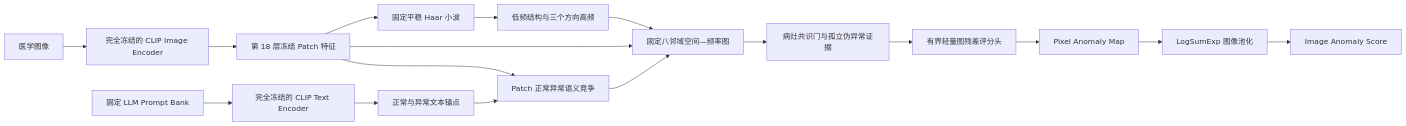
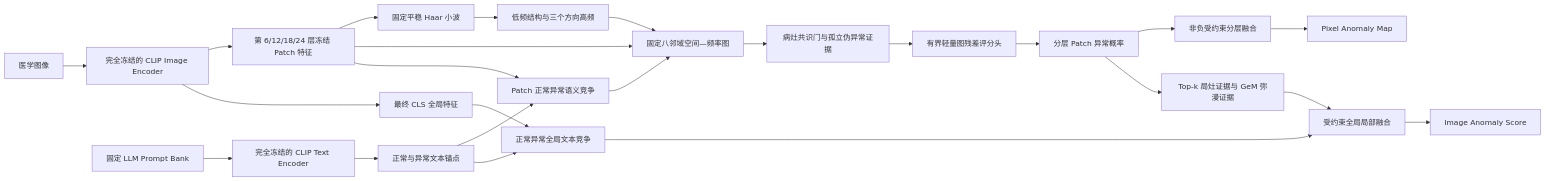
The diagram in V3_METHOD.md (daynoenmy/graph), drawn with Mermaid before and after one commit. The commit also changed other lines of this file and 19 other files, not shown here.

Commit message:
Add V4 modality-conditioned graph spectral fusion

````diff
--- a/V3_METHOD.md
+++ b/V3_METHOD.md
@@ -39,19 +39,26 @@
 ```mermaid
 flowchart LR
     IMG["医学图像"] --> FROZEN["完全冻结的 CLIP Image Encoder"]
     PROMPT["固定 LLM Prompt Bank"] --> TEXT["完全冻结的 CLIP Text Encoder"]
     TEXT --> ANCHOR["正常与异常文本锚点"]
-    FROZEN --> PATCH["第 18 层冻结 Patch 特征"]
+    FROZEN --> PATCH["第 6/12/18/24 层冻结 Patch 特征"]
     PATCH --> SWT["固定平稳 Haar 小波"]
     SWT --> BANDS["低频结构与三个方向高频"]
     PATCH --> GRAPH["固定八邻域空间—频率图"]
     BANDS --> GRAPH
     ANCHOR --> PRIOR["Patch 正常异常语义竞争"]
     PATCH --> PRIOR
     PRIOR --> GRAPH
     GRAPH --> GATE["病灶共识门与孤立伪异常证据"]
     GATE --> HEAD["有界轻量图残差评分头"]
-    HEAD --> MAP["Pixel Anomaly Map"]
-    MAP --> LSE["LogSumExp 图像池化"]
-    LSE --> SCORE["Image Anomaly Score"]
+    HEAD --> PROB["分层 Patch 异常概率"]
+    PROB --> FUSE["非负受约束分层融合"]
+    FUSE --> MAP["Pixel Anomaly Map"]
+    PROB --> LOCAL["Top-k 局灶证据与 GeM 弥漫证据"]
+    FROZEN --> CLS["最终 CLS 全局特征"]
+    CLS --> GLOBAL["正常异常全局文本竞争"]
+    ANCHOR --> GLOBAL
+    LOCAL --> MIX["受约束全局局部融合"]
+    GLOBAL --> MIX
+    MIX --> SCORE["Image Anomaly Score"]
 ```
````
